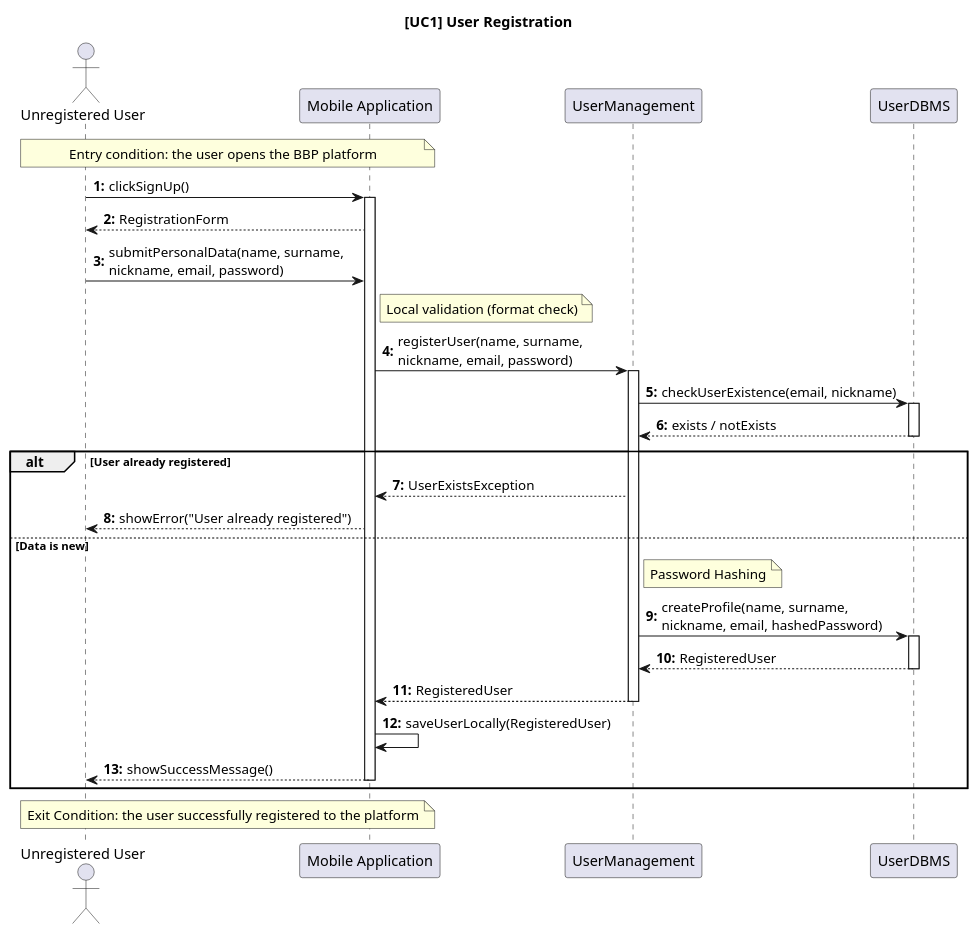
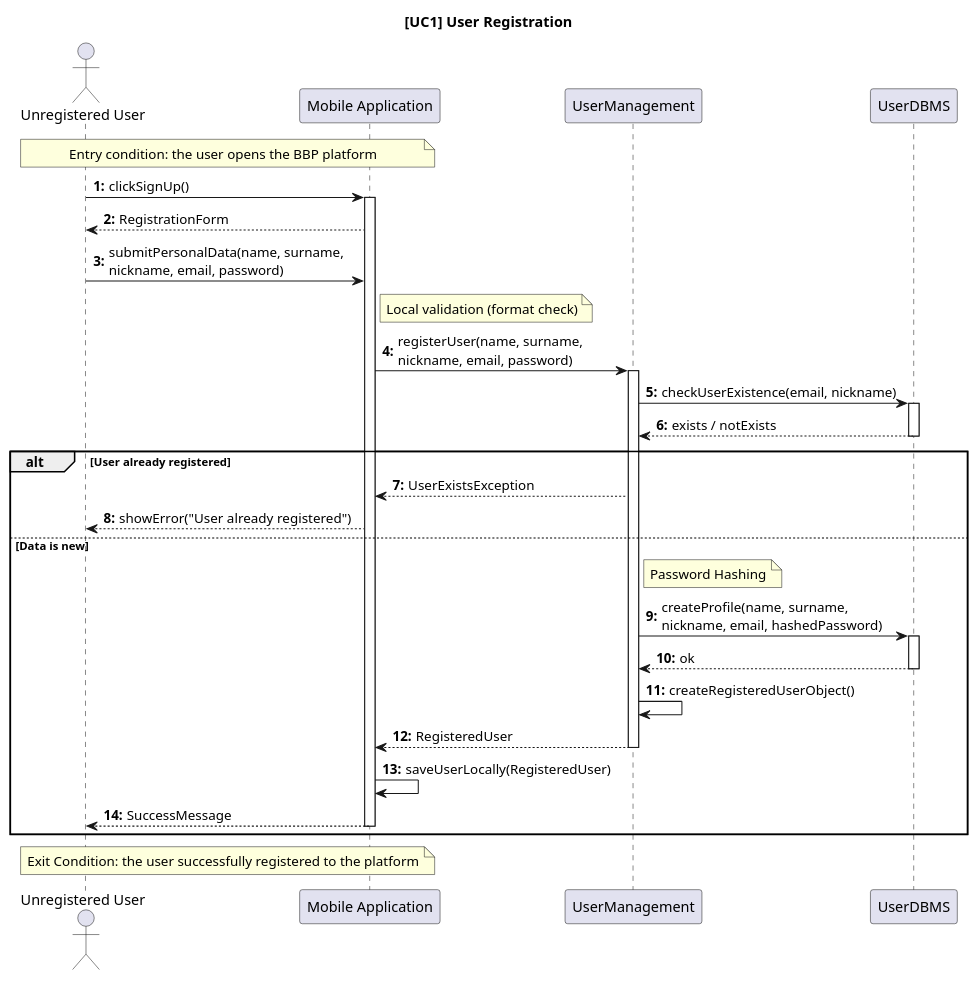
Before and after one commit to ilevinci/RubinoUvinsiVinciguerra: the diagram in DD/sequencediagrams/usecase1.puml, drawn with PlantUML. The commit also changed 7 other files, not shown here.

Commit message:
refinement of use case diagrams (maybe last version, i hope)

```diff
--- a/DD/sequencediagrams/usecase1.puml
+++ b/DD/sequencediagrams/usecase1.puml
@@ -1,55 +1,56 @@
 @startuml UC1_UserRegistration_Design
 autonumber "<b>0:"
 title [UC1] User Registration 
 
 actor "Unregistered User" as User
 participant "Mobile Application" as Client
 participant "UserManagement" as Auth
 participant "UserDBMS" as DB
 
 'entry condition
 note over User, Client: Entry condition: the user opens the BBP platform
 
 User -> Client: clickSignUp()
 activate Client
 
 Client --> User: RegistrationForm
 
 User -> Client: submitPersonalData(name, surname, \nnickname, email, password)
 
 ' Validazione locale
 note right of Client: Local validation (format check)
 Client -> Auth: registerUser(name, surname, \nnickname, email, password)
 activate Auth
 
 ' Verifica Esistenza
 Auth -> DB: checkUserExistence(email, nickname)
 activate DB
 DB --> Auth: exists / notExists
 deactivate DB
 
 alt User already registered
     Auth --> Client: UserExistsException
     Client --> User: showError("User already registered")
 
 else Data is new
     ' Creazione Utente
     note right of Auth: Password Hashing
     Auth -> DB: createProfile(name, surname, \nnickname, email, hashedPassword)
     activate DB
-    DB --> Auth: RegisteredUser
+    DB --> Auth: ok
     deactivate DB
 
     ' Risposta Positiva
+    Auth -> Auth: createRegisteredUserObject()
     Auth --> Client: RegisteredUser
     deactivate Auth
     
     Client -> Client: saveUserLocally(RegisteredUser)
-    Client --> User: showSuccessMessage()
+    Client --> User: SuccessMessage
     deactivate Client
 end
 
 'exit condition
 note over User, Client: Exit Condition: the user successfully registered to the platform
 
 @enduml
```
